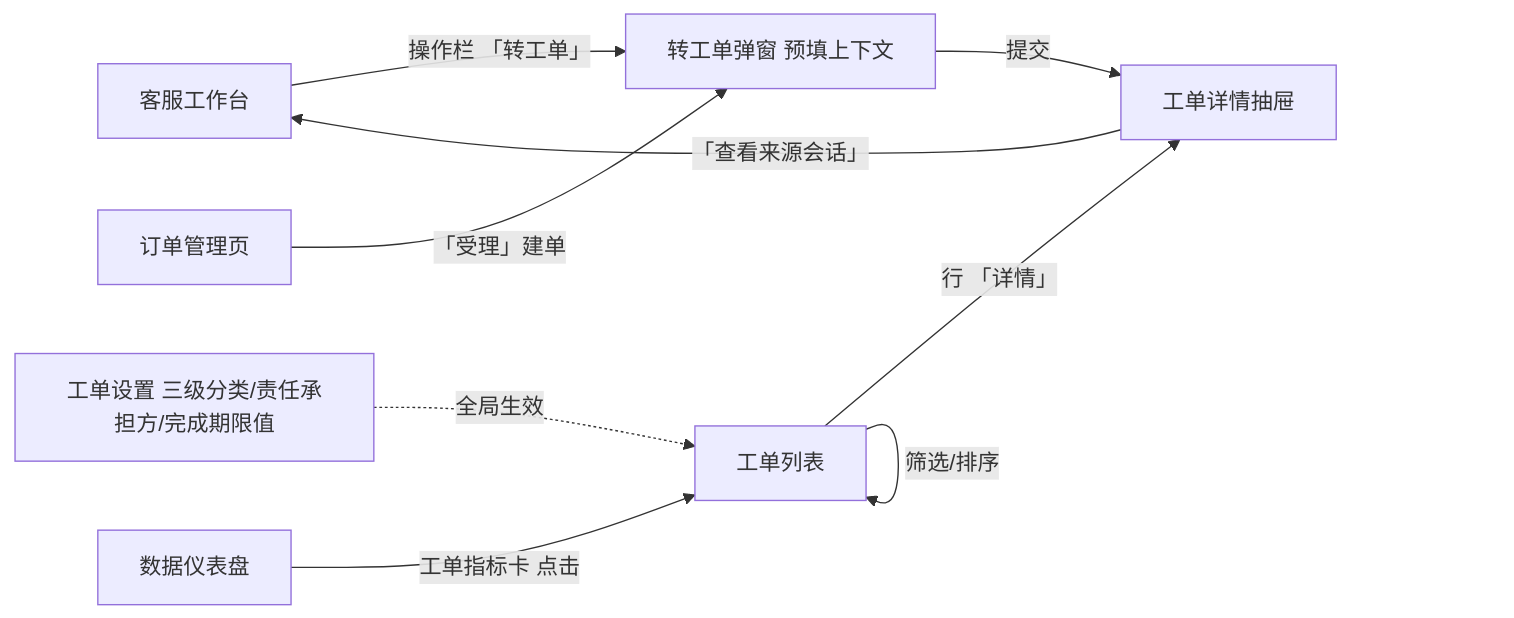
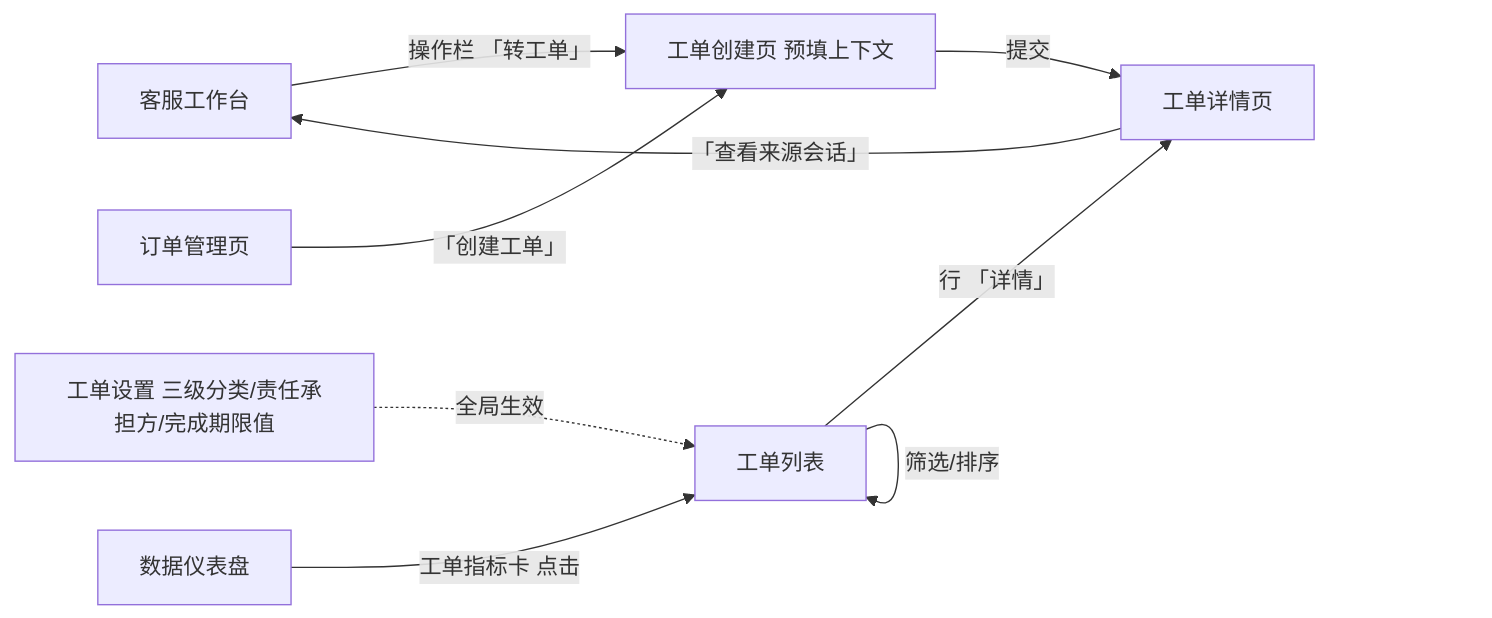
Before and after one commit to lyuxiaohei/OCS: the first of 3 diagrams in prototype-cs/PRD/客服工单/PRD-客服工单-V0.5.md, drawn with Mermaid. The commit also changed other lines of this file and 4 other files, not shown here.

````diff
--- a/prototype-cs/PRD/客服工单/PRD-客服工单-V0.5.md
+++ b/prototype-cs/PRD/客服工单/PRD-客服工单-V0.5.md
@@ -96,11 +98,11 @@
 ```mermaid
 flowchart LR
-    工作台[客服工作台] -->|操作栏 「转工单」| 建单弹窗[转工单弹窗 预填上下文]
-    建单弹窗 -->|提交| 详情[工单详情抽屉]
-    订单管理[订单管理页] -->|「受理」建单| 建单弹窗
+    工作台[客服工作台] -->|操作栏 「转工单」| 建单页[工单创建页 预填上下文]
+    建单页 -->|提交| 详情[工单详情页]
+    订单管理[订单管理页] -->|「创建工单」| 建单页
     列表[工单列表] -->|行 「详情」| 详情
     详情 -->|「查看来源会话」| 工作台
     列表 -->|筛选/排序| 列表
     配置[工单设置 三级分类/责任承担方/完成期限值] -.->|全局生效| 列表
     仪表盘[数据仪表盘] -->|工单指标卡 点击| 列表
 ```
````
